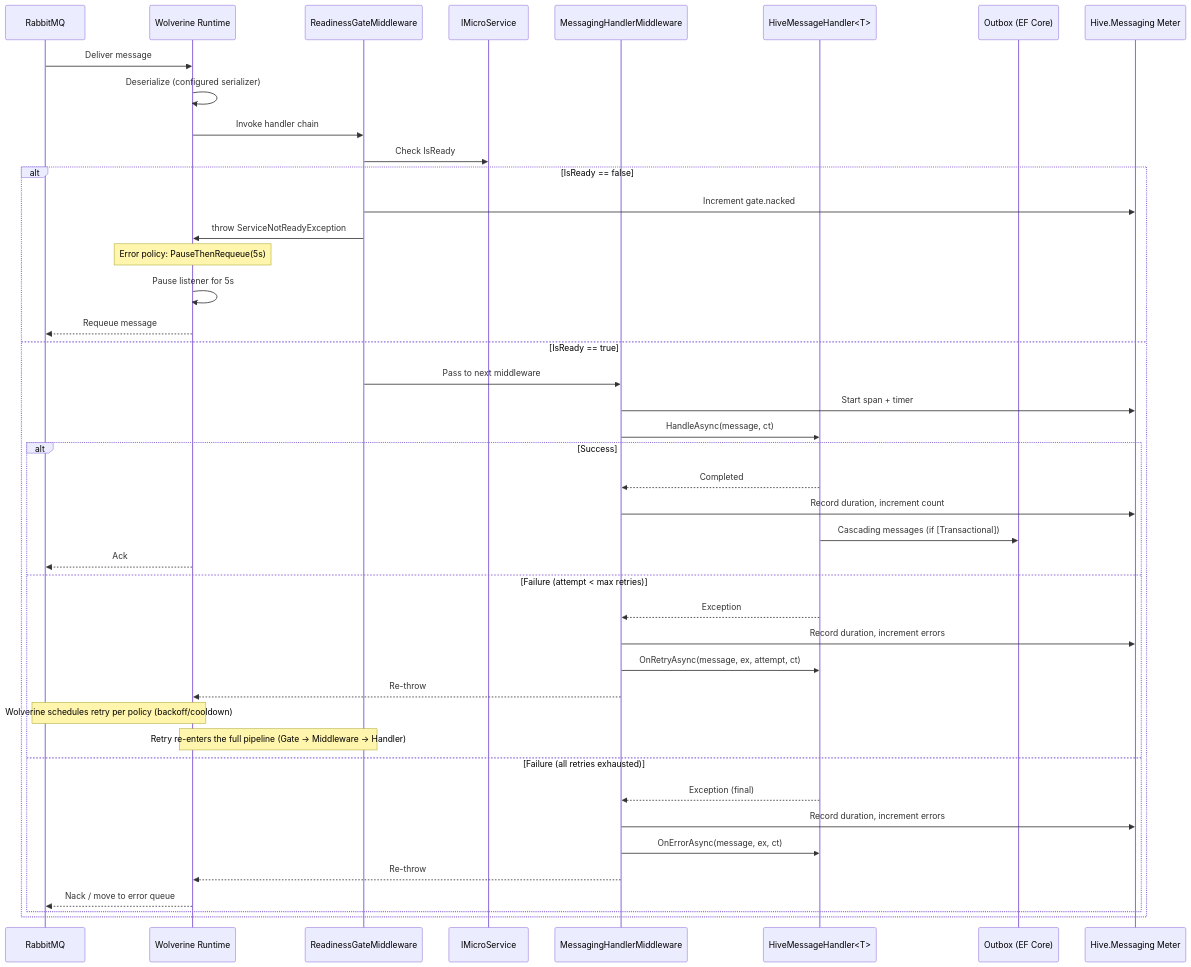
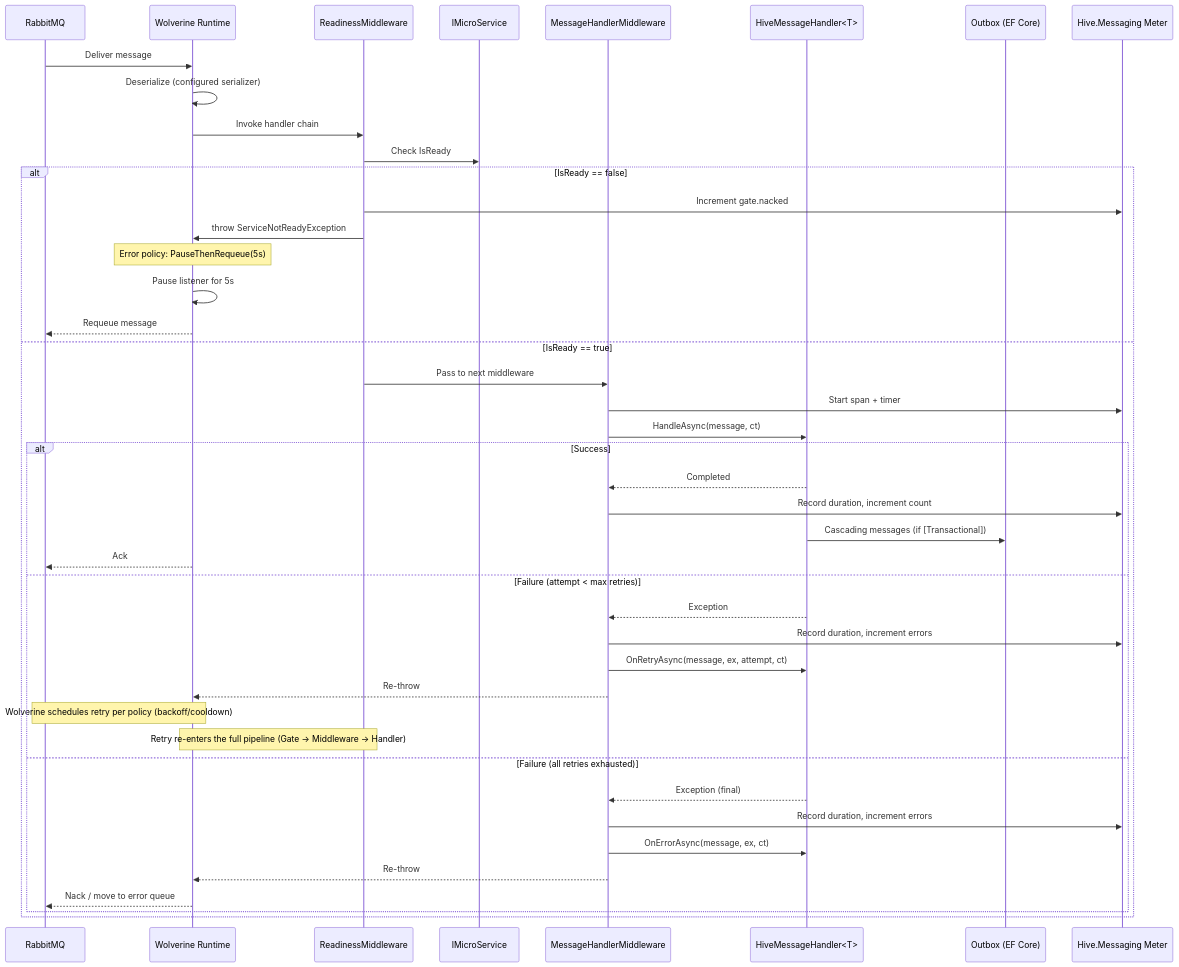
The first of 4 diagrams in docs/messaging.md (cloud-tek/hive), drawn with Mermaid before and after one commit. The commit also changed other lines of this file and 7 other files, not shown here.

First line of the commit message:
refactor: make MessageHandlerMiddleware stateless and rename middlewares

````diff
--- a/docs/messaging.md
+++ b/docs/messaging.md
@@ -668,48 +668,48 @@
 ```mermaid
 sequenceDiagram
     participant Broker as RabbitMQ
     participant Wolverine as Wolverine Runtime
-    participant Gate as ReadinessGateMiddleware
+    participant Gate as ReadinessMiddleware
     participant Service as IMicroService
-    participant Middleware as MessagingHandlerMiddleware
+    participant Middleware as MessageHandlerMiddleware
     participant Handler as HiveMessageHandler<T>
     participant Outbox as Outbox (EF Core)
     participant Telemetry as Hive.Messaging Meter
 
     Broker->>Wolverine: Deliver message
     Wolverine->>Wolverine: Deserialize (configured serializer)
     Wolverine->>Gate: Invoke handler chain
     Gate->>Service: Check IsReady
 
     alt IsReady == false
         Gate->>Telemetry: Increment gate.nacked
         Gate->>Wolverine: throw ServiceNotReadyException
         Note over Wolverine: Error policy: PauseThenRequeue(5s)
         Wolverine->>Wolverine: Pause listener for 5s
         Wolverine-->>Broker: Requeue message
     else IsReady == true
         Gate->>Middleware: Pass to next middleware
         Middleware->>Telemetry: Start span + timer
         Middleware->>Handler: HandleAsync(message, ct)
 
         alt Success
             Handler-->>Middleware: Completed
             Middleware->>Telemetry: Record duration, increment count
             Handler->>Outbox: Cascading messages (if [Transactional])
             Wolverine-->>Broker: Ack
         else Failure (attempt < max retries)
             Handler-->>Middleware: Exception
             Middleware->>Telemetry: Record duration, increment errors
             Middleware->>Handler: OnRetryAsync(message, ex, attempt, ct)
             Middleware-->>Wolverine: Re-throw
             Note over Wolverine,Broker: Wolverine schedules retry per policy (backoff/cooldown)
             Note over Wolverine,Gate: Retry re-enters the full pipeline (Gate → Middleware → Handler)
         else Failure (all retries exhausted)
             Handler-->>Middleware: Exception (final)
             Middleware->>Telemetry: Record duration, increment errors
             Middleware->>Handler: OnErrorAsync(message, ex, ct)
             Middleware-->>Wolverine: Re-throw
             Wolverine-->>Broker: Nack / move to error queue
         end
     end
 ```
````
